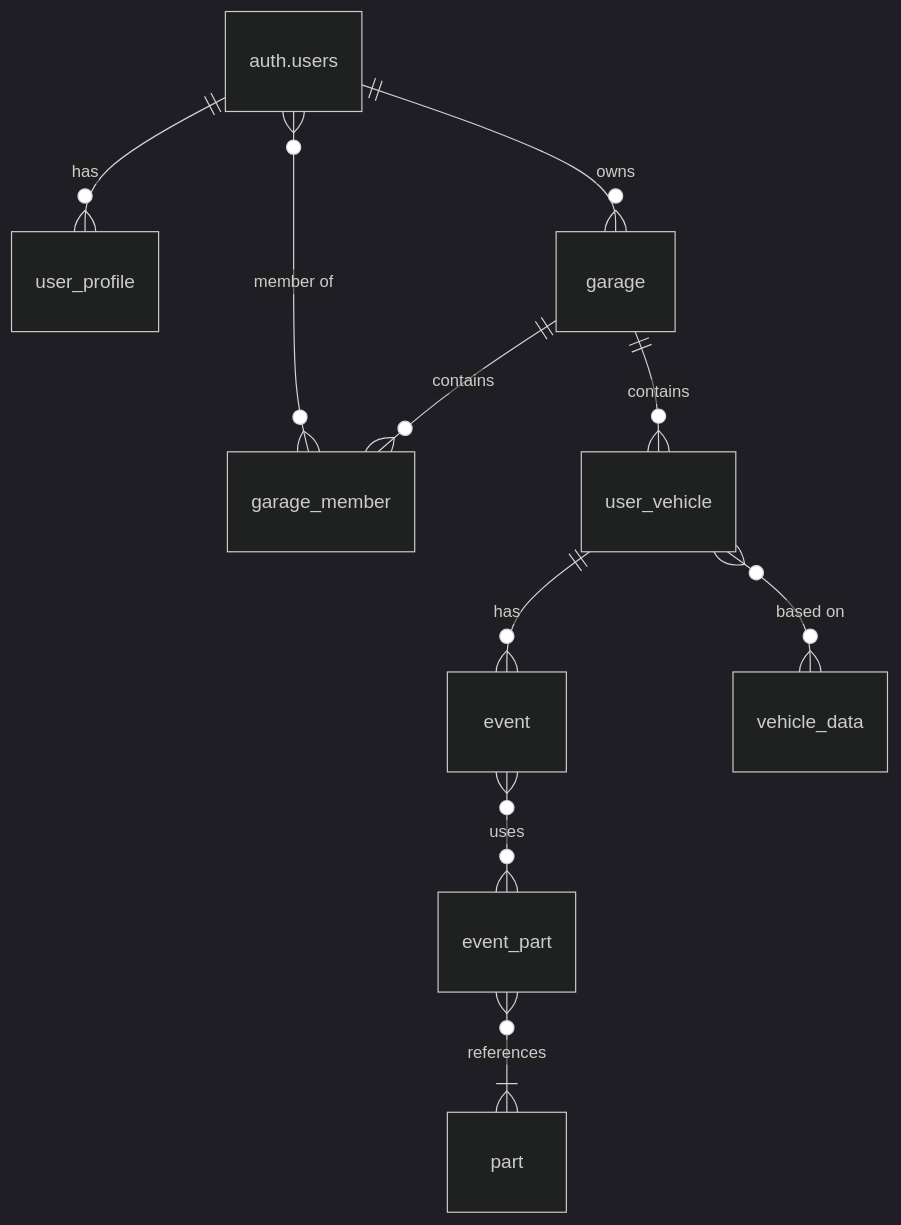
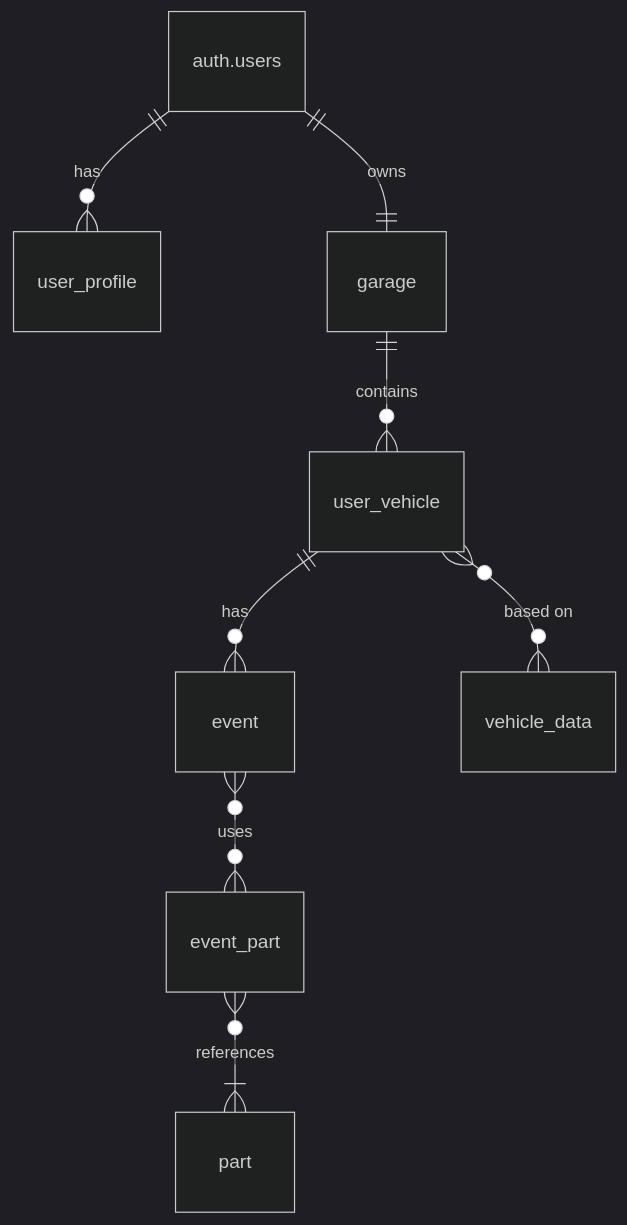
The diagram in my-turborepo/apps/docs/app/database/schema-reference.md (T33R0/ddpc), drawn with Mermaid (dark theme) before and after one commit. The commit also changed other lines of this file and 5 other files, not shown here.

Commit message:
Refactor RLS policies and database schema for single-user garage ownership. Removed multi-user support and the garage_member table, simplifying ownership checks. Updated API routes and UI components to reflect changes in vehicle management and collection terminology.

````diff
--- a/my-turborepo/apps/docs/app/database/schema-reference.md
+++ b/my-turborepo/apps/docs/app/database/schema-reference.md
@@ -19,15 +21,13 @@
 ```mermaid
 erDiagram
     auth.users ||--o{ user_profile : "has"
-    auth.users ||--o{ garage : "owns"
-    auth.users }o--o{ garage_member : "member of"
+    auth.users ||--|| garage : "owns"
 
-    garage ||--o{ garage_member : "contains"
     garage ||--o{ user_vehicle : "contains"
 
     user_vehicle ||--o{ event : "has"
     event }o--o{ event_part : "uses"
     event_part }o--|{ part : "references"
 
     user_vehicle }o--o{ vehicle_data : "based on"
 ```
````
